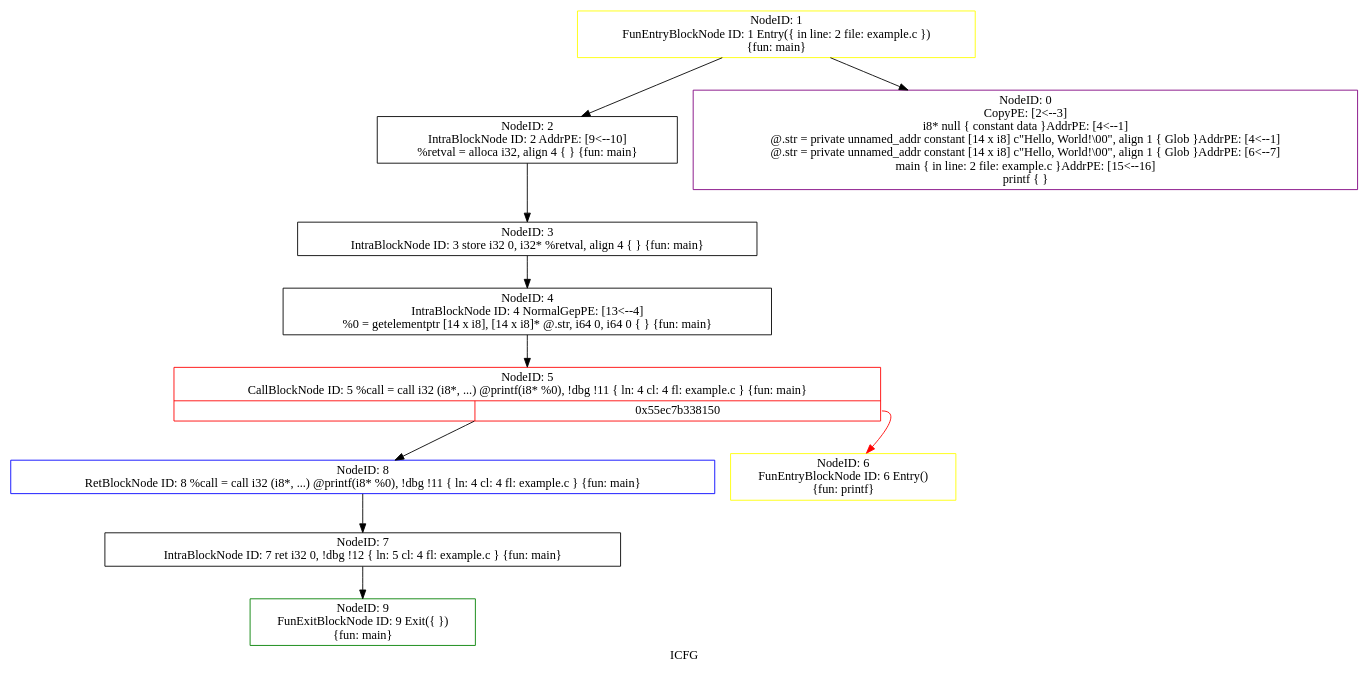
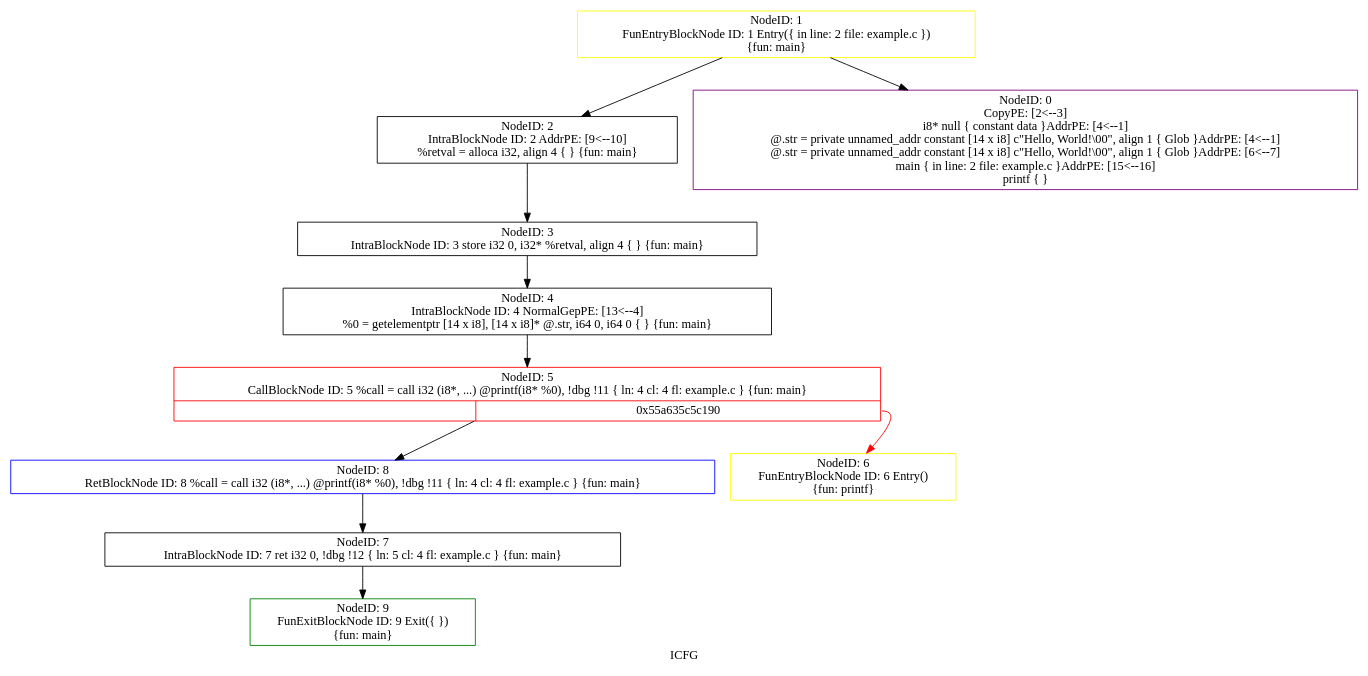
One commit to Ian36/Web-SVF changed the diagram in icfg.dot. Above: the diagram before and after it, drawn with Graphviz. The commit also changed 32 other files, not shown here.

Commit message:
highlight code when graph node is clicked and minor UI changes

```diff
--- a/icfg.dot
+++ b/icfg.dot
@@ -1,23 +1,23 @@
 digraph "ICFG" {
 	label="ICFG";
 
-	Node0x55ec7b349ed0 [shape=record,color=green,label="{NodeID: 9\nFunExitBlockNode ID: 9 Exit(\{  \})\n \{fun: main\}}"];
-	Node0x55ec7b349c60 [shape=record,color=blue,label="{NodeID: 8\nRetBlockNode ID: 8   %call = call i32 (i8*, ...) @printf(i8* %0), !dbg !11 \{ ln: 4  cl: 4  fl: example.c \} \{fun: main\}}"];
-	Node0x55ec7b349c60 -> Node0x55ec7b349ba0[style=solid];
-	Node0x55ec7b349ba0 [shape=record,color=black,label="{NodeID: 7\nIntraBlockNode ID: 7      ret i32 0, !dbg !12 \{ ln: 5  cl: 4  fl: example.c \}    \{fun: main\}}"];
-	Node0x55ec7b349ba0 -> Node0x55ec7b349ed0[style=solid];
-	Node0x55ec7b349a70 [shape=record,color=yellow,label="{NodeID: 6\nFunEntryBlockNode ID: 6 Entry()\n \{fun: printf\}}"];
-	Node0x55ec7b339380 [shape=record,color=red,label="{NodeID: 5\nCallBlockNode ID: 5   %call = call i32 (i8*, ...) @printf(i8* %0), !dbg !11 \{ ln: 4  cl: 4  fl: example.c \} \{fun: main\}|{|<s1>0x55ec7b338150}}"];
-	Node0x55ec7b339380 -> Node0x55ec7b349c60[style=solid];
-	Node0x55ec7b339380:s1 -> Node0x55ec7b349a70[style=solid,color=red];
-	Node0x55ec7b3498e0 [shape=record,color=black,label="{NodeID: 4\nIntraBlockNode ID: 4   NormalGepPE: [13\<--4]  \n   %0 = getelementptr [14 x i8], [14 x i8]* @.str, i64 0, i64 0 \{  \} \{fun: main\}}"];
-	Node0x55ec7b3498e0 -> Node0x55ec7b339380[style=solid];
-	Node0x55ec7b3497c0 [shape=record,color=black,label="{NodeID: 3\nIntraBlockNode ID: 3      store i32 0, i32* %retval, align 4 \{  \}    \{fun: main\}}"];
-	Node0x55ec7b3497c0 -> Node0x55ec7b3498e0[style=solid];
-	Node0x55ec7b349550 [shape=record,color=black,label="{NodeID: 2\nIntraBlockNode ID: 2   AddrPE: [9\<--10]  \n   %retval = alloca i32, align 4 \{  \} \{fun: main\}}"];
-	Node0x55ec7b349550 -> Node0x55ec7b3497c0[style=solid];
-	Node0x55ec7b3493f0 [shape=record,color=yellow,label="{NodeID: 1\nFunEntryBlockNode ID: 1 Entry(\{ in line: 2 file: example.c \})\n \{fun: main\}}"];
-	Node0x55ec7b3493f0 -> Node0x55ec7b338b30[style=solid];
-	Node0x55ec7b3493f0 -> Node0x55ec7b349550[style=solid];
-	Node0x55ec7b338b30 [shape=record,color=purple,label="{NodeID: 0\nCopyPE: [2\<--3]  \n i8* null \{ constant data \}AddrPE: [4\<--1]  \n @.str = private unnamed_addr constant [14 x i8] c\"Hello, World!\\00\", align 1 \{ Glob  \}AddrPE: [4\<--1]  \n @.str = private unnamed_addr constant [14 x i8] c\"Hello, World!\\00\", align 1 \{ Glob  \}AddrPE: [6\<--7]  \n main \{ in line: 2 file: example.c \}AddrPE: [15\<--16]  \n printf \{  \}}"];
+	Node0x55a635c6dfc0 [shape=record,color=green,label="{NodeID: 9\nFunExitBlockNode ID: 9 Exit(\{  \})\n \{fun: main\}}"];
+	Node0x55a635c6dd50 [shape=record,color=blue,label="{NodeID: 8\nRetBlockNode ID: 8   %call = call i32 (i8*, ...) @printf(i8* %0), !dbg !11 \{ ln: 4  cl: 4  fl: example.c \} \{fun: main\}}"];
+	Node0x55a635c6dd50 -> Node0x55a635c6dc90[style=solid];
+	Node0x55a635c6dc90 [shape=record,color=black,label="{NodeID: 7\nIntraBlockNode ID: 7      ret i32 0, !dbg !12 \{ ln: 5  cl: 4  fl: example.c \}    \{fun: main\}}"];
+	Node0x55a635c6dc90 -> Node0x55a635c6dfc0[style=solid];
+	Node0x55a635c6db60 [shape=record,color=yellow,label="{NodeID: 6\nFunEntryBlockNode ID: 6 Entry()\n \{fun: printf\}}"];
+	Node0x55a635c5cc10 [shape=record,color=red,label="{NodeID: 5\nCallBlockNode ID: 5   %call = call i32 (i8*, ...) @printf(i8* %0), !dbg !11 \{ ln: 4  cl: 4  fl: example.c \} \{fun: main\}|{|<s1>0x55a635c5c190}}"];
+	Node0x55a635c5cc10 -> Node0x55a635c6dd50[style=solid];
+	Node0x55a635c5cc10:s1 -> Node0x55a635c6db60[style=solid,color=red];
+	Node0x55a635c6d9d0 [shape=record,color=black,label="{NodeID: 4\nIntraBlockNode ID: 4   NormalGepPE: [13\<--4]  \n   %0 = getelementptr [14 x i8], [14 x i8]* @.str, i64 0, i64 0 \{  \} \{fun: main\}}"];
+	Node0x55a635c6d9d0 -> Node0x55a635c5cc10[style=solid];
+	Node0x55a635c6d8b0 [shape=record,color=black,label="{NodeID: 3\nIntraBlockNode ID: 3      store i32 0, i32* %retval, align 4 \{  \}    \{fun: main\}}"];
+	Node0x55a635c6d8b0 -> Node0x55a635c6d9d0[style=solid];
+	Node0x55a635c6d640 [shape=record,color=black,label="{NodeID: 2\nIntraBlockNode ID: 2   AddrPE: [9\<--10]  \n   %retval = alloca i32, align 4 \{  \} \{fun: main\}}"];
+	Node0x55a635c6d640 -> Node0x55a635c6d8b0[style=solid];
+	Node0x55a635c6d4e0 [shape=record,color=yellow,label="{NodeID: 1\nFunEntryBlockNode ID: 1 Entry(\{ in line: 2 file: example.c \})\n \{fun: main\}}"];
+	Node0x55a635c6d4e0 -> Node0x55a635c5d0d0[style=solid];
+	Node0x55a635c6d4e0 -> Node0x55a635c6d640[style=solid];
+	Node0x55a635c5d0d0 [shape=record,color=purple,label="{NodeID: 0\nCopyPE: [2\<--3]  \n i8* null \{ constant data \}AddrPE: [4\<--1]  \n @.str = private unnamed_addr constant [14 x i8] c\"Hello, World!\\00\", align 1 \{ Glob  \}AddrPE: [4\<--1]  \n @.str = private unnamed_addr constant [14 x i8] c\"Hello, World!\\00\", align 1 \{ Glob  \}AddrPE: [6\<--7]  \n main \{ in line: 2 file: example.c \}AddrPE: [15\<--16]  \n printf \{  \}}"];
 }
```
